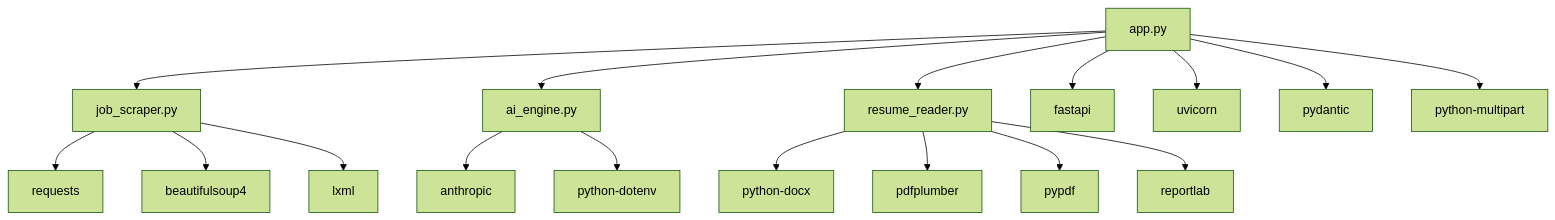
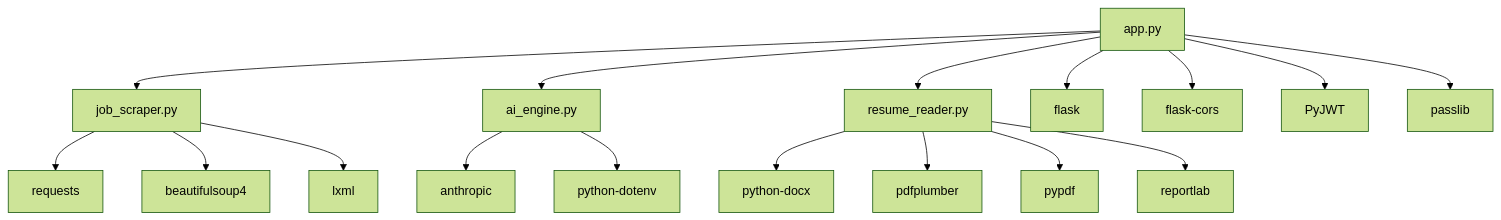
Diagram 13 of 13 in jobpilot/KNOWLEDGE_TRANSFER.md (vangipuraputarunsailesh/jobpilot), drawn with Mermaid (forest theme) before and after one commit. The commit also changed other lines of this file and 9 other files, not shown here.

````diff
--- a/jobpilot/KNOWLEDGE_TRANSFER.md
+++ b/jobpilot/KNOWLEDGE_TRANSFER.md
@@ -742,19 +725,19 @@
 ```mermaid
 graph TD
     APP[app.py] --> SCRAPER[job_scraper.py]
     APP --> AI[ai_engine.py]
     APP --> READER[resume_reader.py]
     SCRAPER --> requests
     SCRAPER --> bs4[beautifulsoup4]
     SCRAPER --> lxml
     AI --> anthropic
     AI --> dotenv[python-dotenv]
     READER --> docx[python-docx]
     READER --> pdfplumber
     READER --> pypdf
     READER --> reportlab
-    APP --> fastapi
-    APP --> uvicorn
-    APP --> pydantic
-    APP --> multipart[python-multipart]
+    APP --> flask
+    APP --> cors[flask-cors]
+    APP --> jwt[PyJWT]
+    APP --> passlib
 ```
````
